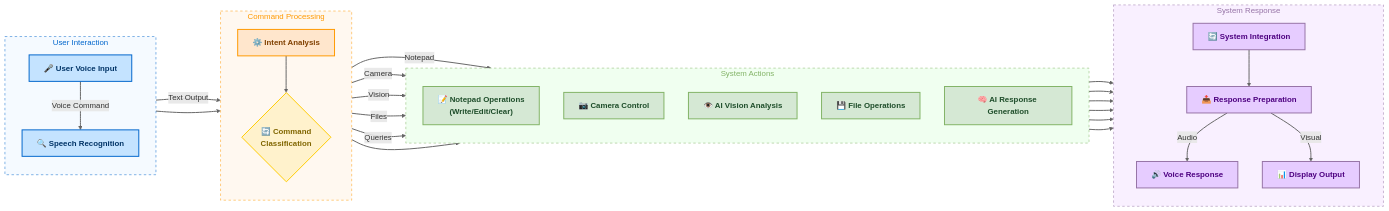
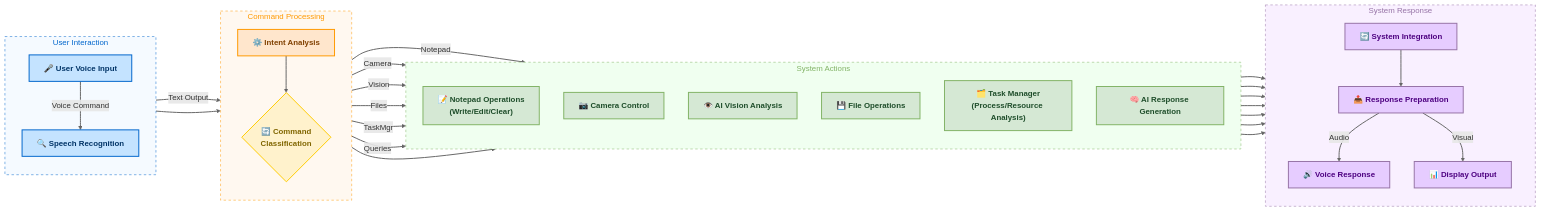
Before and after one commit to awiones/Liam-Ai: the diagram in README.md, drawn with Mermaid. The commit also changed other lines of this file, not shown here.

Commit message:
Task manager roadmap

````diff
--- a/README.md
+++ b/README.md
@@ -44,58 +45,60 @@
 ```mermaid
 flowchart LR
     subgraph Input ["User Interaction"]
         direction TB
         A["🎤 User Voice Input"] -->|Voice Command| B["🔍 Speech Recognition"]
     end
-    
+
     subgraph Processing ["Command Processing"]
         direction TB
         B -->|Text Output| C["⚙️ Intent Analysis"]
         C --> D{"🔄 Command\nClassification"}
     end
-    
+
     subgraph Actions ["System Actions"]
         direction TB
         D -->|Notepad| E["📝 Notepad Operations\n(Write/Edit/Clear)"]
         D -->|Camera| F["📷 Camera Control"]
         D -->|Vision| G["👁️ AI Vision Analysis"]
         D -->|Files| H["💾 File Operations"]
+        D -->|TaskMgr| TM["🗂️ Task Manager\n(Process/Resource Analysis)"]
         D -->|Queries| I["🧠 AI Response Generation"]
     end
-    
+
     subgraph Output ["System Response"]
         direction TB
         J["🔄 System Integration"] --> K["📤 Response Preparation"]
         K -->|Audio| L["🔊 Voice Response"]
         K -->|Visual| M["📊 Display Output"]
     end
-    
+
     E --> J
     F --> J
     G --> J
     H --> J
+    TM --> J
     I --> J
-    
+
     Input --> Processing
     Processing --> Actions
     Actions --> Output
-    
+
     classDef input fill:#c4e3ff,stroke:#0066cc,stroke-width:2px,color:#003366,font-weight:bold
     classDef process fill:#ffe6cc,stroke:#ff9900,stroke-width:2px,color:#804000,font-weight:bold
     classDef decision fill:#fff2cc,stroke:#ffcc00,stroke-width:2px,color:#806600,font-weight:bold,border-radius:12px
     classDef action fill:#d5e8d4,stroke:#82b366,stroke-width:2px,color:#1e4d2a,font-weight:bold
     classDef output fill:#e6ccff,stroke:#9673a6,stroke-width:2px,color:#4d0080,font-weight:bold
-    
+
     class A,B input
     class C process
     class D decision
-    class E,F,G,H,I action
+    class E,F,G,H,TM,I action
     class J,K,L,M output
-    
+
     linkStyle default stroke:#666,stroke-width:2px,fill:none
-    
+
     style Input fill:#f5faff,stroke:#0066cc,stroke-width:1px,color:#0066cc,stroke-dasharray: 5 5
     style Processing fill:#fff8f0,stroke:#ff9900,stroke-width:1px,color:#ff9900,stroke-dasharray: 5 5
     style Actions fill:#f0fff0,stroke:#82b366,stroke-width:1px,color:#82b366,stroke-dasharray: 5 5
     style Output fill:#f9f0ff,stroke:#9673a6,stroke-width:1px,color:#9673a6,stroke-dasharray: 5 5
 ```
````
